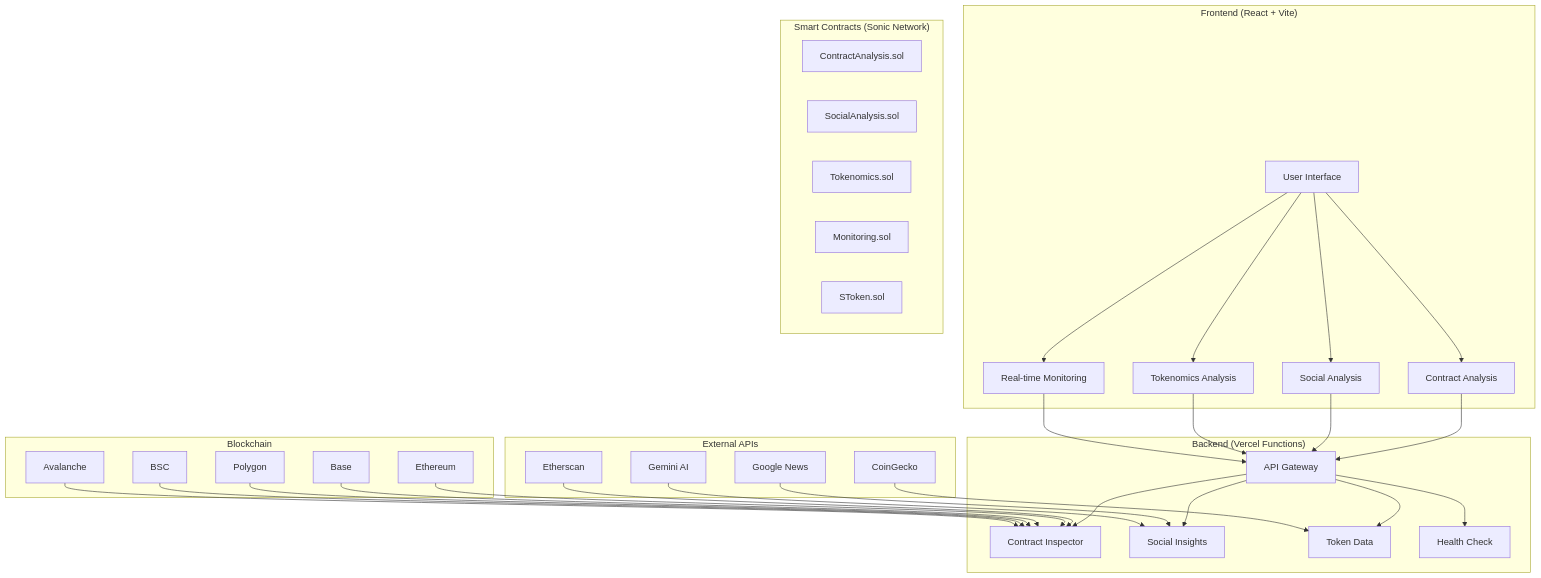
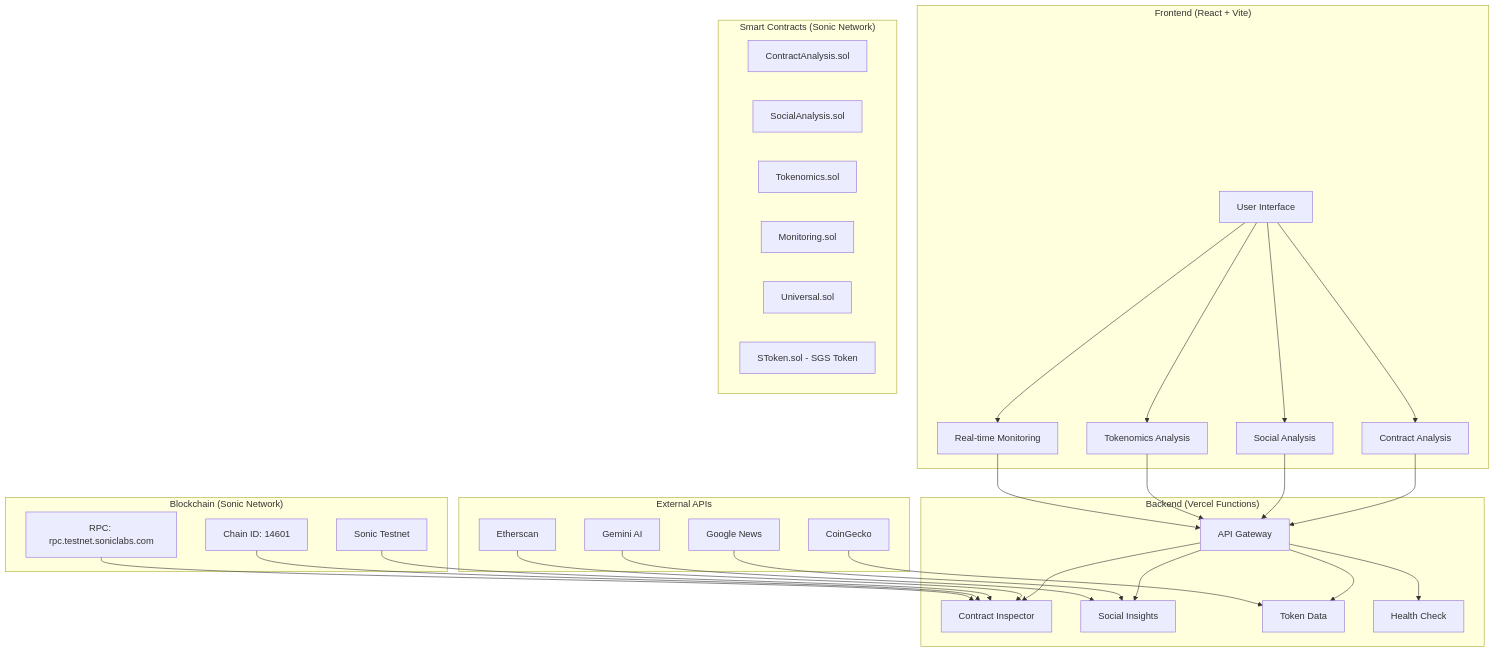
One commit to ombaviskar18/SonicGuardian changed the first of 3 diagrams in README.md. Above: the diagram before and after it, drawn with Mermaid. The commit also changed other lines of this file and 8 other files, not shown here.

````diff
--- a/README.md
+++ b/README.md
@@ -31,44 +33,43 @@
 ```mermaid
 graph TB
     subgraph "Frontend (React + Vite)"
         A[User Interface] --> B[Contract Analysis]
         A --> C[Social Analysis]
         A --> D[Tokenomics Analysis]
         A --> E[Real-time Monitoring]
     end
     
     subgraph "Backend (Vercel Functions)"
         F[API Gateway] --> G[Contract Inspector]
         F --> H[Social Insights]
         F --> I[Token Data]
         F --> J[Health Check]
     end
     
     subgraph "External APIs"
         K[Etherscan] --> G
         L[CoinGecko] --> I
         M[Google News] --> H
         N[Gemini AI] --> H
     end
     
-    subgraph "Blockchain"
-        O[Ethereum] --> G
-        P[Base] --> G
-        Q[Polygon] --> G
-        R[BSC] --> G
-        S[Avalanche] --> G
+    subgraph "Blockchain (Sonic Network)"
+        O[Sonic Testnet] --> G
+        P[Chain ID: 14601] --> G
+        Q[RPC: rpc.testnet.soniclabs.com] --> G
     end
     
     subgraph "Smart Contracts (Sonic Network)"
         T[ContractAnalysis.sol]
         U[SocialAnalysis.sol]
         V[Tokenomics.sol]
         W[Monitoring.sol]
-        X[SToken.sol]
+        X[Universal.sol]
+        Y[SToken.sol - SGS Token]
     end
     
     B --> F
     C --> F
     D --> F
     E --> F
 ```
````
